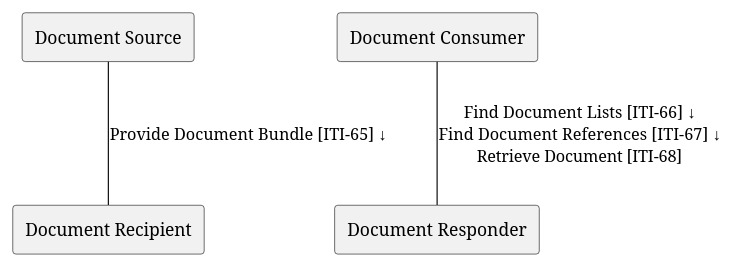
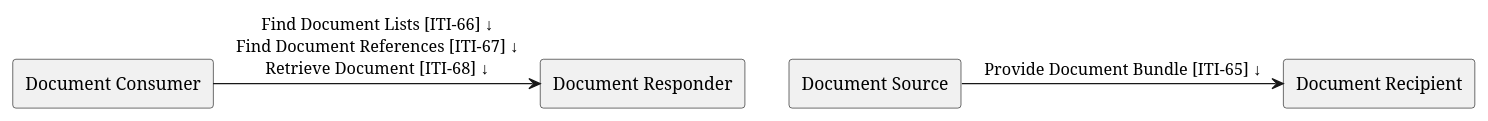
One commit to IHE/ITI.MHD changed the diagram in input/images-source/ActorsAndTransactions.plantuml. Above: the diagram before and after it, drawn with PlantUML. The commit also changed 4 other files, not shown here.

Commit message:
got the simple picture in UML form with a cloud

```diff
--- a/input/images-source/ActorsAndTransactions.plantuml
+++ b/input/images-source/ActorsAndTransactions.plantuml
@@ -1,8 +1,8 @@
 @startuml
 agent "Document Source" as DocumentSource
 agent "Document Consumer" as DocumentConsumer
 agent "Document Responder" as DocumentResponder
 agent "Document Recipient" as DocumentRecipient
-DocumentConsumer -- DocumentResponder : "Find Document Lists [ITI-66] ↓\nFind Document References [ITI-67] ↓\nRetrieve Document [ITI-68]"
-DocumentSource -- DocumentRecipient : "Provide Document Bundle [ITI-65] ↓"
+DocumentConsumer -> DocumentResponder : "Find Document Lists [ITI-66] ↓\nFind Document References [ITI-67] ↓\nRetrieve Document [ITI-68] ↓"
+DocumentSource -> DocumentRecipient : "Provide Document Bundle [ITI-65] ↓"
 @enduml
```
